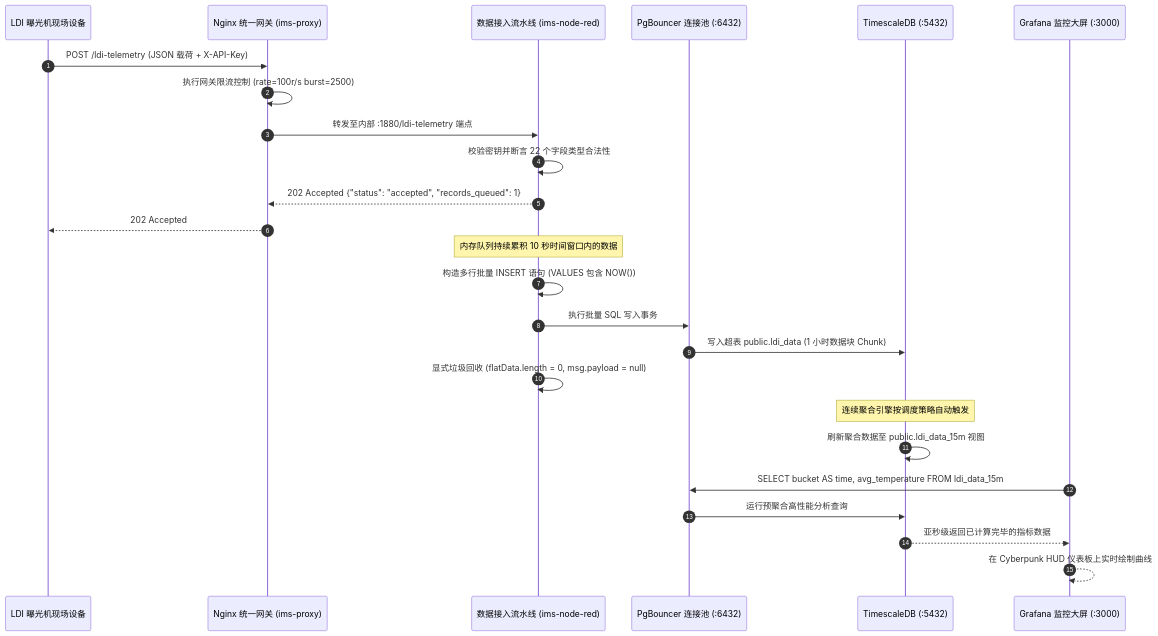
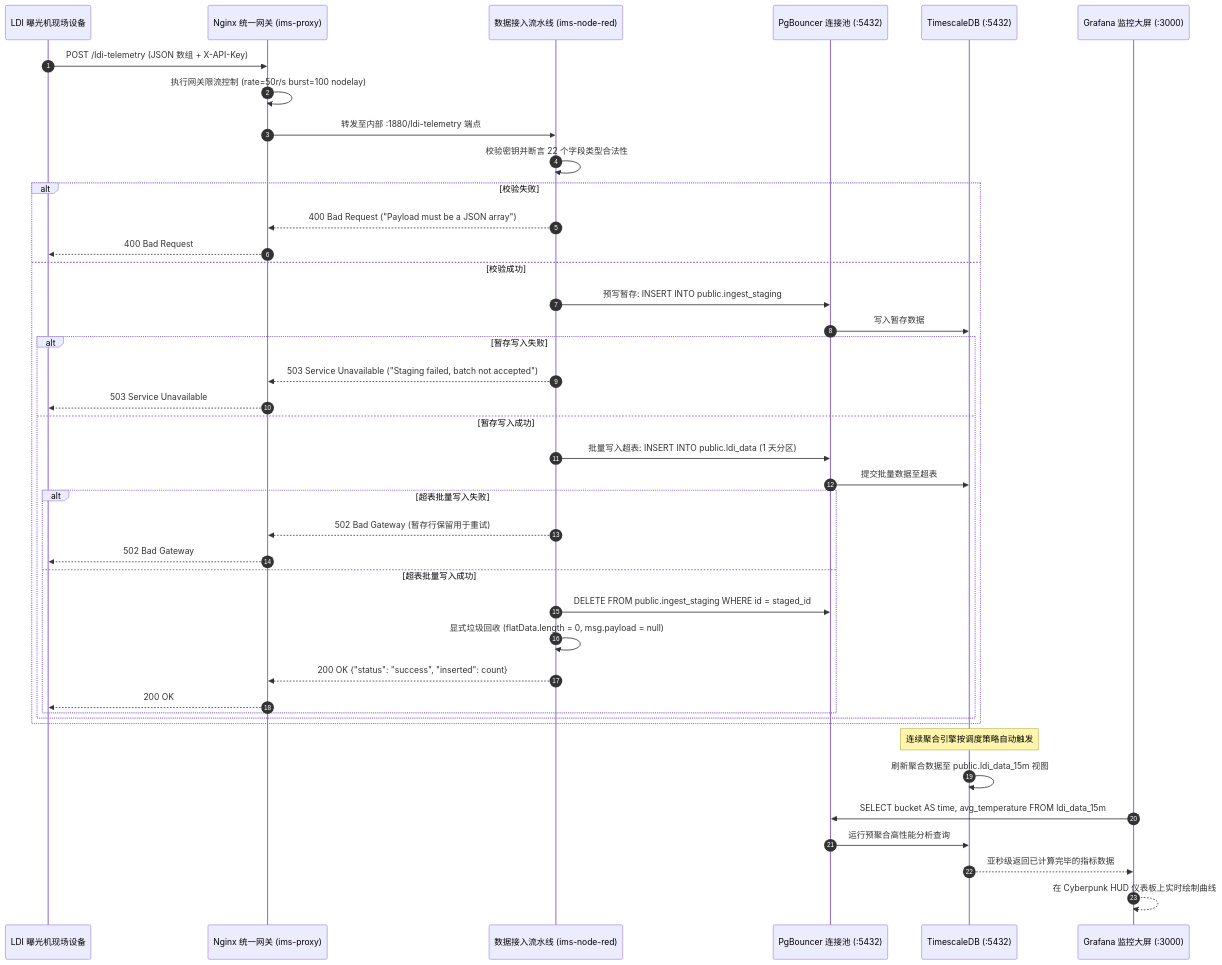
Before and after one commit to PATTANAKORN025/IMS: the fourth of 8 diagrams in zh-CN/docs/architecture/ARCHITECTURE_DIAGRAM.md, drawn with Mermaid. The commit also changed other lines of this file and 36 other files, not shown here.

First line of the commit message:
fix(docs): reconcile 115 mermaid diagrams with architecture across 3 languages

````diff
--- a/zh-CN/docs/architecture/ARCHITECTURE_DIAGRAM.md
+++ b/zh-CN/docs/architecture/ARCHITECTURE_DIAGRAM.md
@@ -186,31 +199,46 @@
 ```mermaid
 sequenceDiagram
   autonumber
   participant Machine as LDI 曝光机现场设备
   participant Proxy as Nginx 统一网关 (ims-proxy)
   participant NodeRed as 数据接入流水线 (ims-node-red)
-  participant PgBouncer as PgBouncer 连接池 (:6432)
+  participant PgBouncer as PgBouncer 连接池 (:5432)
   participant TimescaleDB as TimescaleDB (:5432)
   participant Grafana as Grafana 监控大屏 (:3000)
 
-  Machine->>Proxy: POST /ldi-telemetry (JSON 载荷 + X-API-Key)
-  Proxy->>Proxy: 执行网关限流控制 (rate=100r/s burst=2500)
+  Machine->>Proxy: POST /ldi-telemetry (JSON 数组 + X-API-Key)
+  Proxy->>Proxy: 执行网关限流控制 (rate=50r/s burst=100 nodelay)
   Proxy->>NodeRed: 转发至内部 :1880/ldi-telemetry 端点
   NodeRed->>NodeRed: 校验密钥并断言 22 个字段类型合法性
-  NodeRed-->>Proxy: 202 Accepted {"status": "accepted", "records_queued": 1}
-  Proxy-->>Machine: 202 Accepted
 
-  Note over NodeRed: 内存队列持续累积 10 秒时间窗口内的数据
-  NodeRed->>NodeRed: 构造多行批量 INSERT 语句 (VALUES 包含 NOW())
-  NodeRed->>PgBouncer: 执行批量 SQL 写入事务
-  PgBouncer->>TimescaleDB: 写入超表 public.ldi_data (1 小时数据块 Chunk)
-  NodeRed->>NodeRed: 显式垃圾回收 (flatData.length = 0, msg.payload = null)
+  alt 校验失败
+    NodeRed-->>Proxy: 400 Bad Request ("Payload must be a JSON array")
+    Proxy-->>Machine: 400 Bad Request
+  else 校验成功
+    NodeRed->>PgBouncer: 预写暂存: INSERT INTO public.ingest_staging
+    PgBouncer->>TimescaleDB: 写入暂存数据
+    alt 暂存写入失败
+      NodeRed-->>Proxy: 503 Service Unavailable ("Staging failed, batch not accepted")
+      Proxy-->>Machine: 503 Service Unavailable
+    else 暂存写入成功
+      NodeRed->>PgBouncer: 批量写入超表: INSERT INTO public.ldi_data (1 天分区)
+      PgBouncer->>TimescaleDB: 提交批量数据至超表
+      alt 超表批量写入失败
+        NodeRed-->>Proxy: 502 Bad Gateway (暂存行保留用于重试)
+        Proxy-->>Machine: 502 Bad Gateway
+      else 超表批量写入成功
+        NodeRed->>PgBouncer: DELETE FROM public.ingest_staging WHERE id = staged_id
+        NodeRed->>NodeRed: 显式垃圾回收 (flatData.length = 0, msg.payload = null)
+        NodeRed-->>Proxy: 200 OK {"status": "success", "inserted": count}
+        Proxy-->>Machine: 200 OK
+      end
+    end
+  end
 
   Note over TimescaleDB: 连续聚合引擎按调度策略自动触发
   TimescaleDB->>TimescaleDB: 刷新聚合数据至 public.ldi_data_15m 视图
-
   Grafana->>PgBouncer: SELECT bucket AS time, avg_temperature FROM ldi_data_15m
   PgBouncer->>TimescaleDB: 运行预聚合高性能分析查询
   TimescaleDB-->>Grafana: 亚秒级返回已计算完毕的指标数据
   Grafana-->>Grafana: 在 Cyberpunk HUD 仪表板上实时绘制曲线
 ```
````
